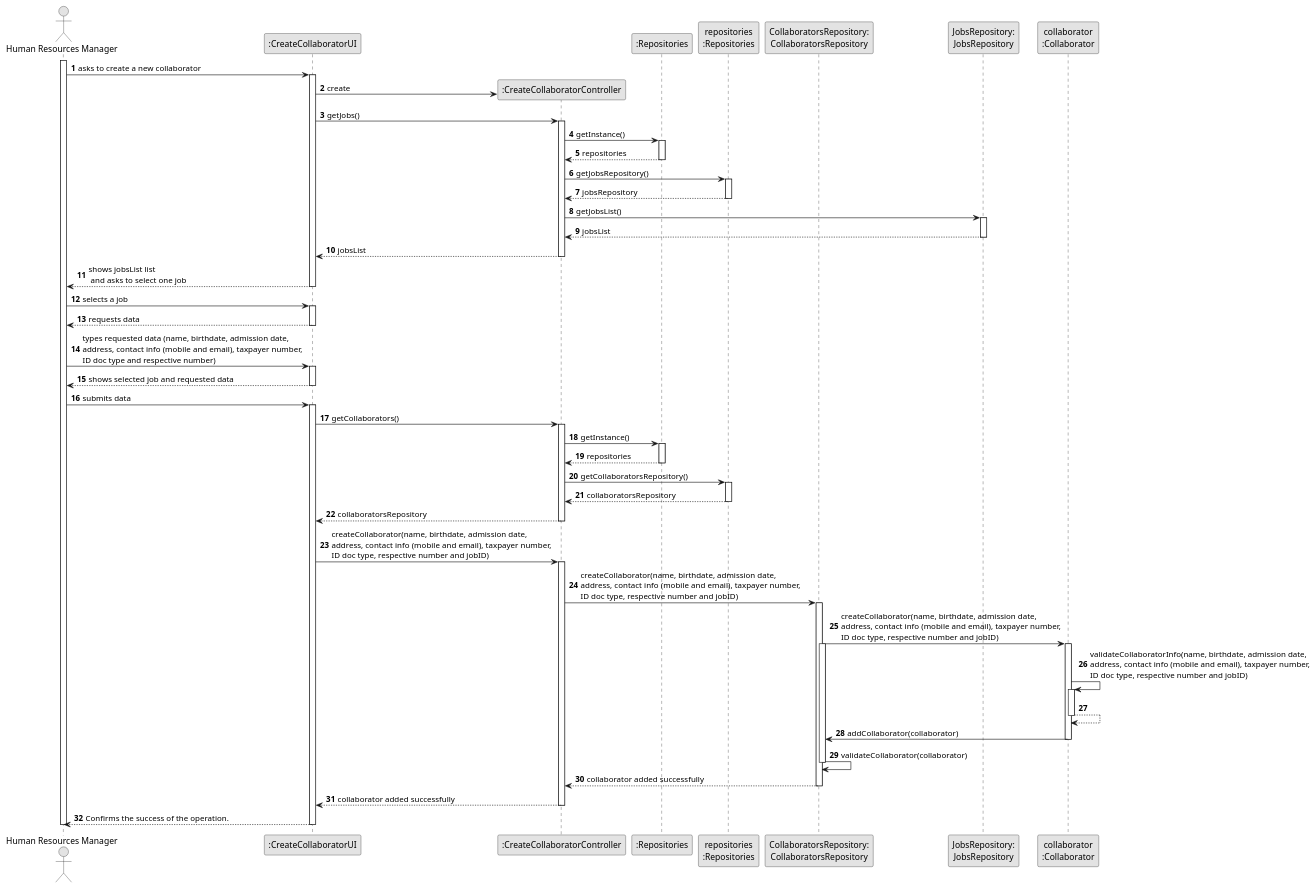
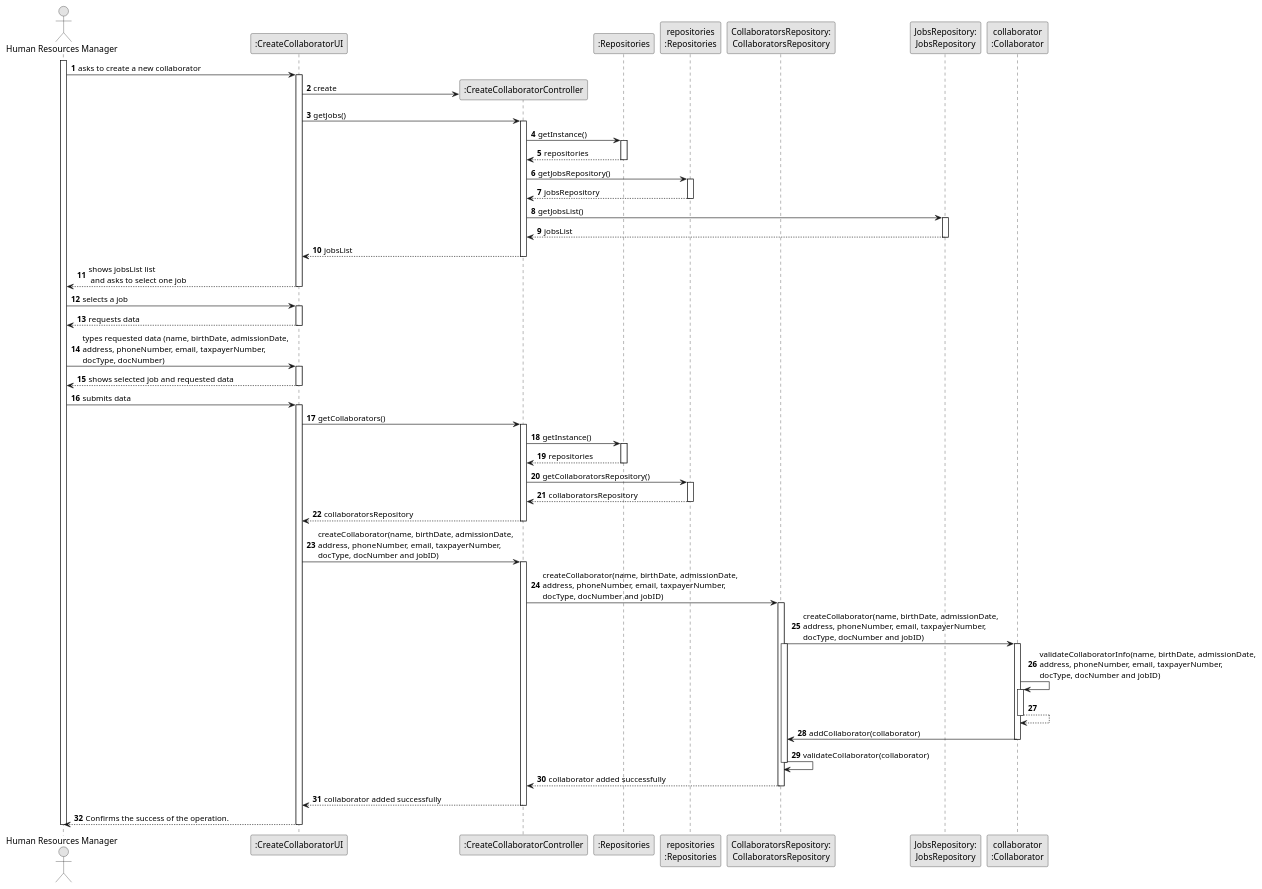
The diagram in docs/sprintB/us003/03.design/puml/us003-sequence-diagram-full.puml (SAEmanuel/Green_Spaces_Management_ISEP), drawn with PlantUML before and after one commit. The commit also changed 1 other file, not shown here.

Commit message:
US3 Sequence diagram twelveth draft

```diff
--- a/docs/sprintB/us003/03.design/puml/us003-sequence-diagram-full.puml
+++ b/docs/sprintB/us003/03.design/puml/us003-sequence-diagram-full.puml
@@ -1,125 +1,125 @@
 @startuml
 skinparam monochrome true
 skinparam packageStyle rectangle
 skinparam shadowing false
 
 autonumber
 
 'hide footbox
 actor "Human Resources Manager" as HRM
 participant ":CreateCollaboratorUI" as UI
 participant ":CreateCollaboratorController" as CTRL
 participant ":Repositories" as RepositorySingleton
 participant "repositories\n:Repositories" as PLAT
 participant "CollaboratorsRepository:\nCollaboratorsRepository" as CollaboratorsRepository
 participant "JobsRepository:\nJobsRepository" as JobsRepository
 participant "collaborator\n:Collaborator" as Collaborator
 
 activate HRM
 
         HRM -> UI : asks to create a new collaborator
 
         activate UI
 
             UI -> CTRL** : create
 
                 UI -> CTRL : getJobs()
                 activate CTRL
 
                 CTRL -> RepositorySingleton : getInstance()
                                 activate RepositorySingleton
 
                                     RepositorySingleton --> CTRL: repositories
                                 deactivate RepositorySingleton
 
                                 CTRL -> PLAT : getJobsRepository()
                                 activate PLAT
 
                                     PLAT --> CTRL: jobsRepository
                                 deactivate PLAT
 
                 CTRL -> JobsRepository : getJobsList()
                 activate JobsRepository
 
                     JobsRepository --> CTRL : jobsList
                 deactivate JobsRepository
 
                 CTRL --> UI : jobsList
             deactivate CTRL
 
             UI --> HRM : shows jobsList list\n and asks to select one job
         deactivate UI
 
     HRM -> UI : selects a job
     activate UI
 
         UI --> HRM : requests data
     deactivate UI
 
-    HRM -> UI : types requested data (name, birthdate, admission date,\naddress, contact info (mobile and email), taxpayer number,\nID doc type and respective number)
+    HRM -> UI : types requested data (name, birthDate, admissionDate,\naddress, phoneNumber, email, taxpayerNumber,\ndocType, docNumber)
     activate UI
 
         UI --> HRM : shows selected job and requested data
     deactivate UI
 
     HRM -> UI : submits data
     activate UI
 
     UI -> CTRL : getCollaborators()
     activate CTRL
 
     CTRL -> RepositorySingleton : getInstance()
                                     activate RepositorySingleton
 
                                         RepositorySingleton --> CTRL: repositories
                                     deactivate RepositorySingleton
 
                                     CTRL -> PLAT : getCollaboratorsRepository()
                                     activate PLAT
 
                                         PLAT --> CTRL: collaboratorsRepository
                                     deactivate PLAT
 
                     CTRL --> UI : collaboratorsRepository
                 deactivate CTRL
 
-        UI -> CTRL : createCollaborator(name, birthdate, admission date,\naddress, contact info (mobile and email), taxpayer number,\nID doc type, respective number and jobID)
+        UI -> CTRL : createCollaborator(name, birthDate, admissionDate,\naddress, phoneNumber, email, taxpayerNumber,\ndocType, docNumber and jobID)
         activate CTRL
 
-            CTRL -> CollaboratorsRepository : createCollaborator(name, birthdate, admission date,\naddress, contact info (mobile and email), taxpayer number,\nID doc type, respective number and jobID)
+            CTRL -> CollaboratorsRepository : createCollaborator(name, birthDate, admissionDate,\naddress, phoneNumber, email, taxpayerNumber,\ndocType, docNumber and jobID)
 
             activate CollaboratorsRepository
 
-            CollaboratorsRepository -> Collaborator : createCollaborator(name, birthdate, admission date,\naddress, contact info (mobile and email), taxpayer number,\nID doc type, respective number and jobID)
+            CollaboratorsRepository -> Collaborator : createCollaborator(name, birthDate, admissionDate,\naddress, phoneNumber, email, taxpayerNumber,\ndocType, docNumber and jobID)
 
             activate CollaboratorsRepository
             activate Collaborator
 
 
 
-                Collaborator -> Collaborator : validateCollaboratorInfo(name, birthdate, admission date,\naddress, contact info (mobile and email), taxpayer number,\nID doc type, respective number and jobID)
+                Collaborator -> Collaborator : validateCollaboratorInfo(name, birthDate, admissionDate,\naddress, phoneNumber, email, taxpayerNumber,\ndocType, docNumber and jobID)
                 activate Collaborator
                 Collaborator --> Collaborator :
                 deactivate Collaborator
 
             Collaborator -> CollaboratorsRepository : addCollaborator(collaborator)
             deactivate Collaborator
 
             CollaboratorsRepository -> CollaboratorsRepository: validateCollaborator(collaborator)
 
             deactivate CollaboratorsRepository
 
         CollaboratorsRepository --> CTRL : collaborator added successfully
         deactivate CollaboratorsRepository
         deactivate Collaborator
 
         CTRL --> UI: collaborator added successfully
         deactivate CTRL
 
         UI --> HRM: Confirms the success of the operation.
 
     deactivate UI
 
 deactivate HRM
 
 @enduml
```
